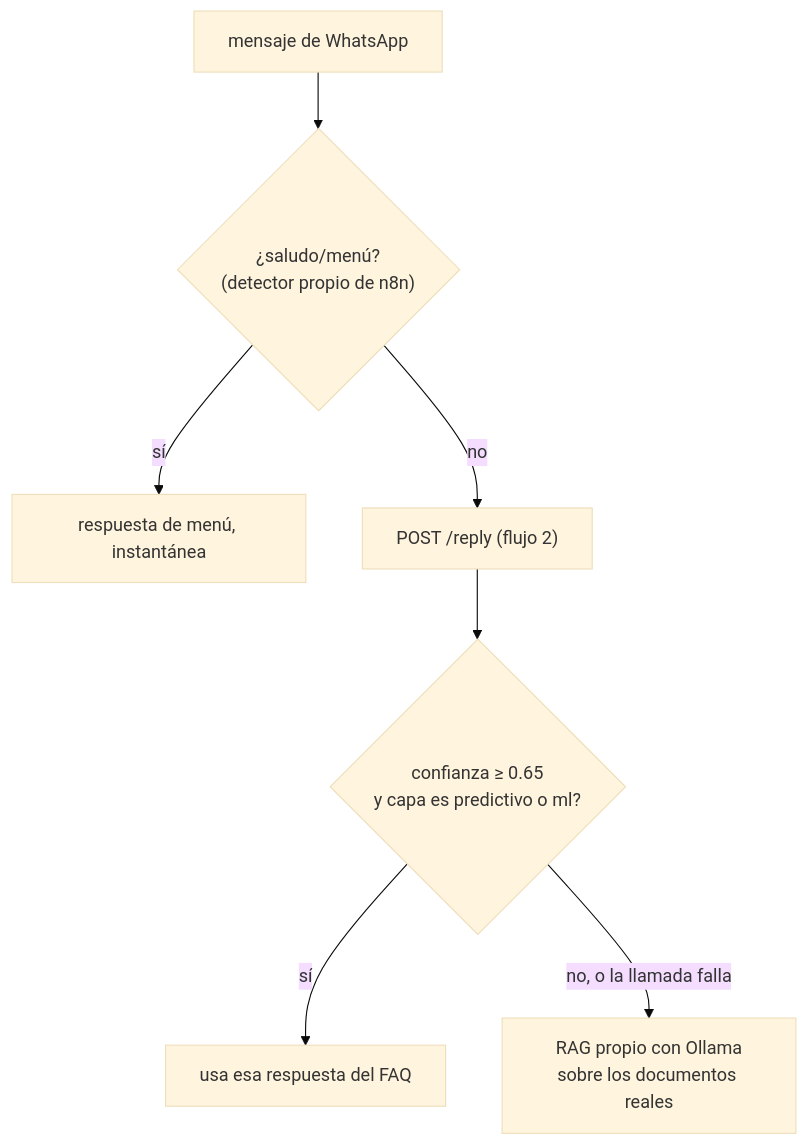
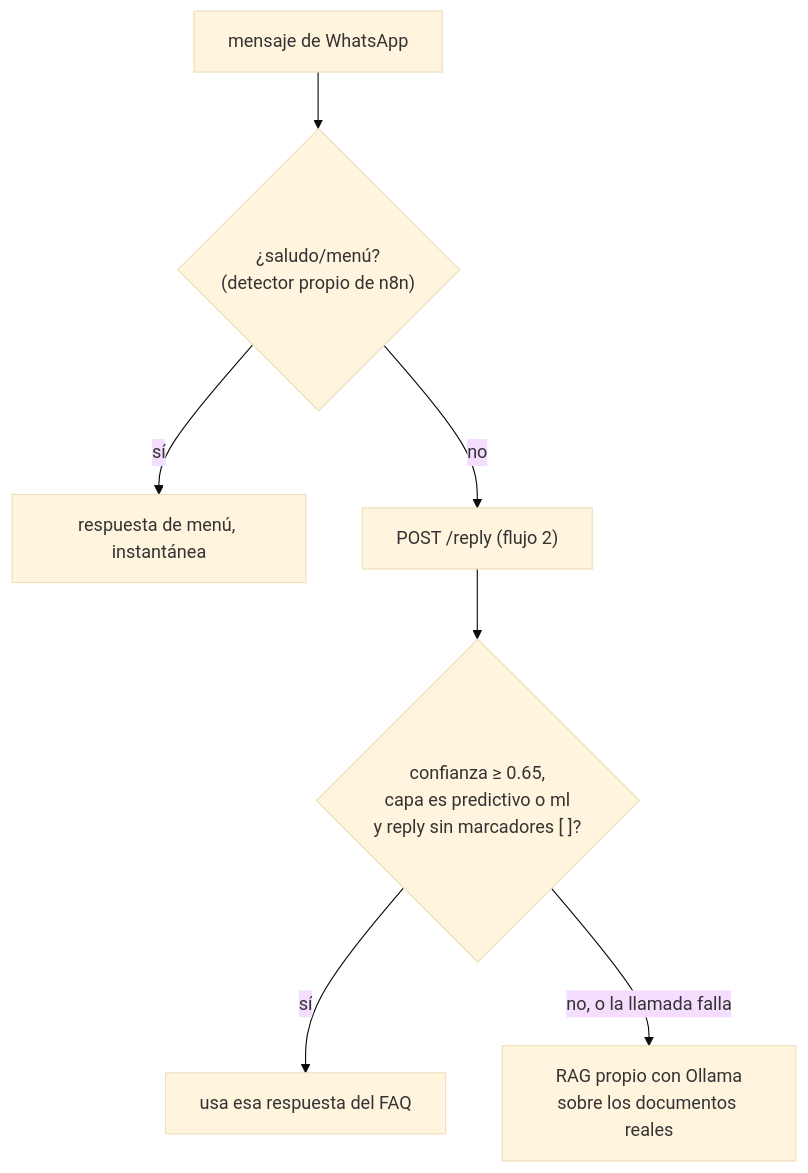
The second of 2 diagrams in FLUJOS.md (hdvergara/prebel-conecta), drawn with Mermaid (base theme) before and after one commit. The commit also changed other lines of this file and 5 other files, not shown here.

````diff
--- a/FLUJOS.md
+++ b/FLUJOS.md
@@ -148,9 +150,9 @@
 ```mermaid
 flowchart TD
     N0["mensaje de WhatsApp"] --> N1{"¿saludo/menú?<br>(detector propio de n8n)"}
     N1 -->|sí| N2["respuesta de menú, instantánea"]
     N1 -->|no| N3["POST /reply (flujo 2)"]
-    N3 --> N4{"confianza ≥ 0.65<br>y capa es predictivo o ml?"}
+    N3 --> N4{"confianza ≥ 0.65,<br>capa es predictivo o ml<br>y reply sin marcadores [ ]?"}
     N4 -->|sí| N5["usa esa respuesta del FAQ"]
     N4 -->|no, o la llamada falla| N6["RAG propio con Ollama<br>sobre los documentos reales"]
 ```
````
